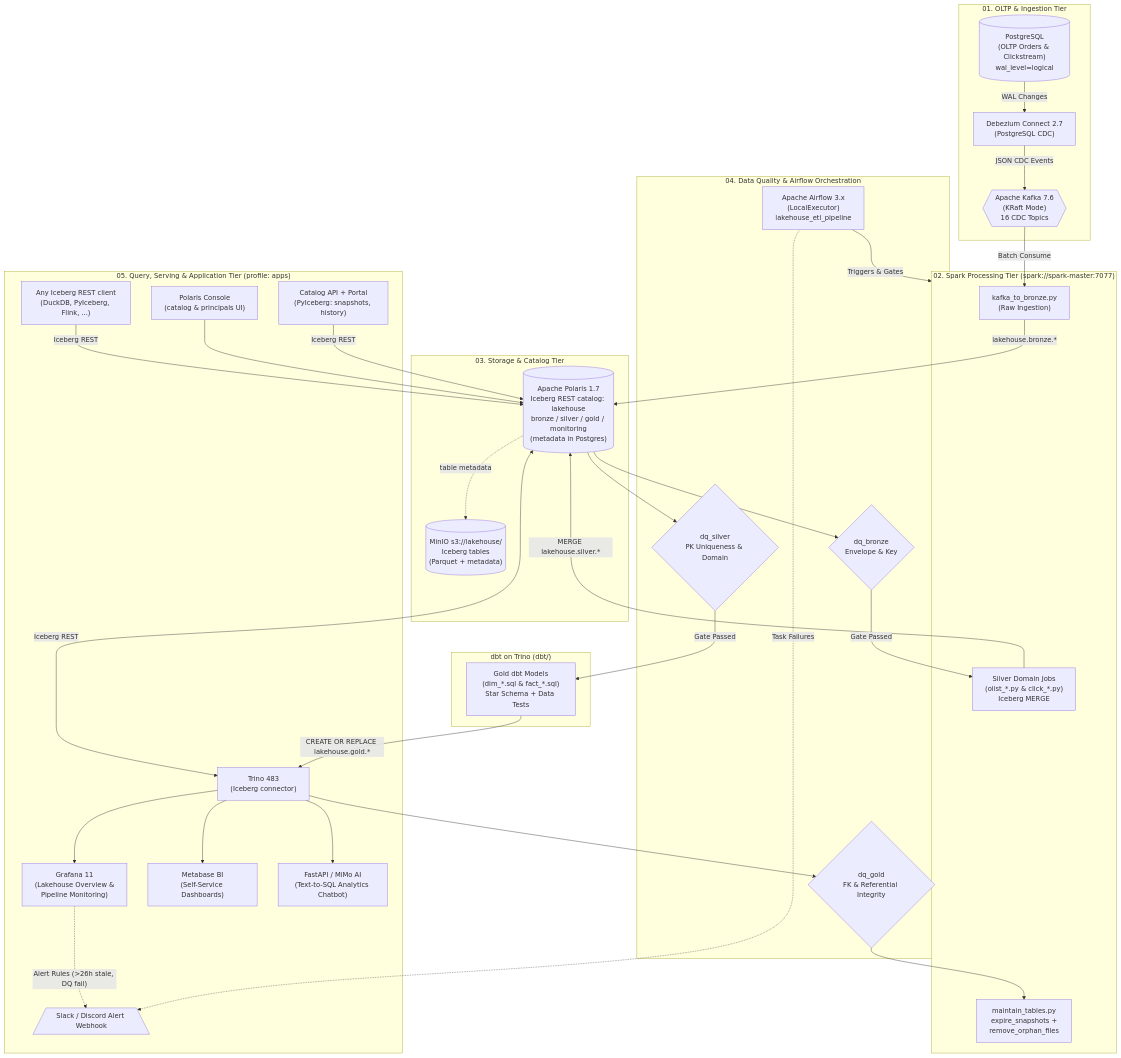
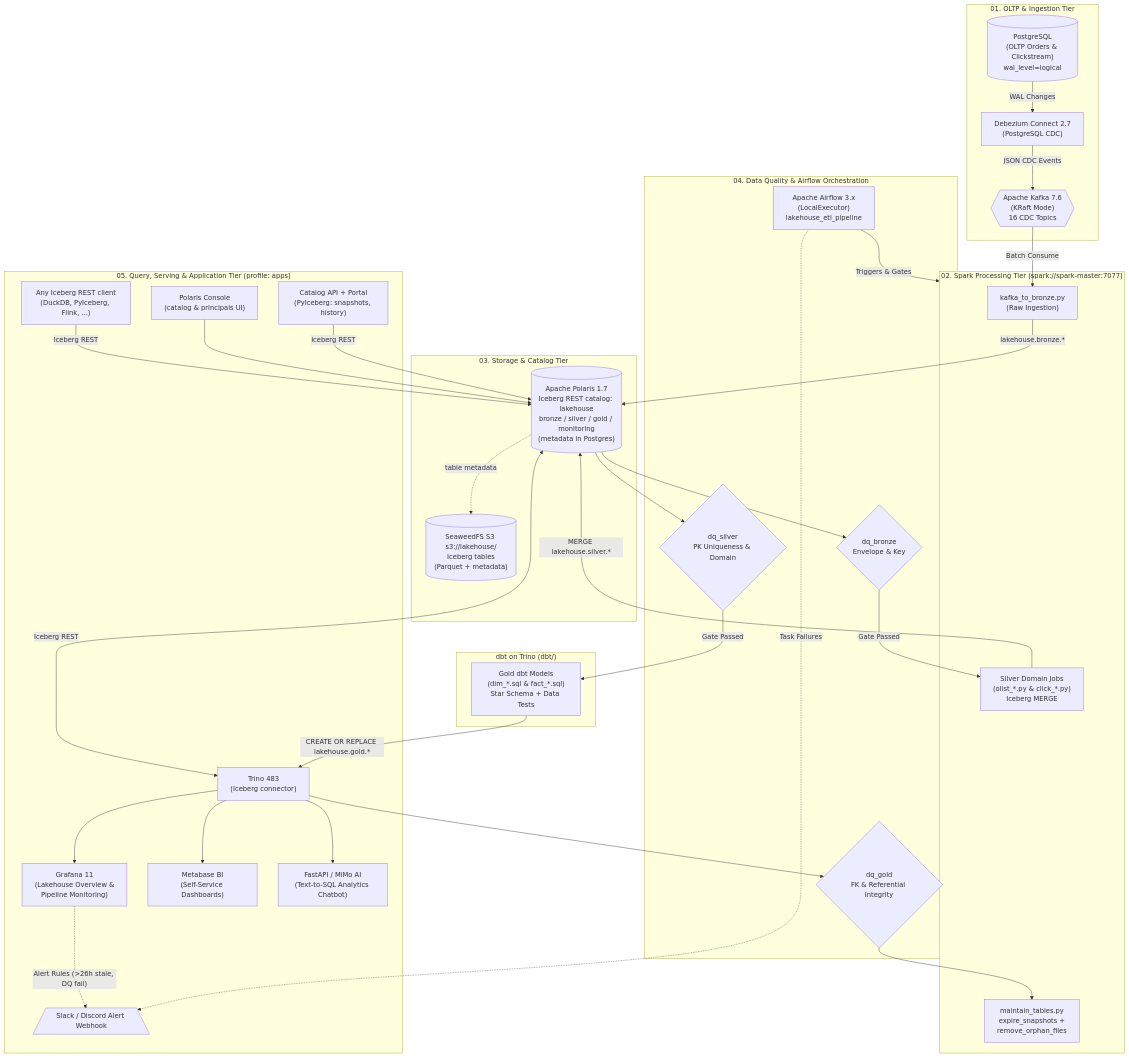
Before and after one commit to DucAn24/lakehouse_docker: the diagram in README.md, drawn with Mermaid. The commit also changed other lines of this file and 15 other files, not shown here.

Commit message:
Replace MinIO with SeaweedFS for S3 storage in the lakehouse stack

````diff
--- a/README.md
+++ b/README.md
@@ -56,70 +56,70 @@
 ```mermaid
 flowchart TB
     subgraph DataTier["01. OLTP & Ingestion Tier"]
         PG[("PostgreSQL\n(OLTP Orders & Clickstream)\nwal_level=logical")]
         DEB["Debezium Connect 2.7\n(PostgreSQL CDC)"]
         KAFKA{{"Apache Kafka 7.6\n(KRaft Mode)\n16 CDC Topics"}}
         PG -->|"WAL Changes"| DEB
         DEB -->|"JSON CDC Events"| KAFKA
     end
 
     subgraph SparkProcessing["02. Spark Processing Tier (spark://spark-master:7077)"]
         K2B["kafka_to_bronze.py\n(Raw Ingestion)"]
         B2S["Silver Domain Jobs\n(olist_*.py & click_*.py)\nIceberg MERGE"]
         MAINT["maintain_tables.py\nexpire_snapshots +\nremove_orphan_files"]
     end
 
     subgraph DbtModels["dbt on Trino (dbt/)"]
         S2G["Gold dbt Models\n(dim_*.sql & fact_*.sql)\nStar Schema + Data Tests"]
     end
 
     subgraph LakehouseStorage["03. Storage & Catalog Tier"]
         POLARIS[("Apache Polaris 1.7\nIceberg REST catalog: lakehouse\nbronze / silver / gold / monitoring\n(metadata in Postgres)")]
-        S3[("MinIO s3://lakehouse/\nIceberg tables\n(Parquet + metadata)")]
+        S3[("SeaweedFS S3 s3://lakehouse/\nIceberg tables\n(Parquet + metadata)")]
         POLARIS -.->|"table metadata"| S3
     end
 
     subgraph QualityGates["04. Data Quality & Airflow Orchestration"]
         AF["Apache Airflow 3.x\n(LocalExecutor)\nlakehouse_etl_pipeline"]
         DQB{"dq_bronze\nEnvelope & Key"}
         DQS{"dq_silver\nPK Uniqueness & Domain"}
         DQG{"dq_gold\nFK & Referential Integrity"}
     end
 
     subgraph ServingTier["05. Query, Serving & Application Tier (profile: apps)"]
         TRINO["Trino 483\n(Iceberg connector)"]
         GRAFANA["Grafana 11\n(Lakehouse Overview &\nPipeline Monitoring)"]
         METABASE["Metabase BI\n(Self-Service Dashboards)"]
         FASTAPI["FastAPI / MiMo AI\n(Text-to-SQL Analytics Chatbot)"]
         CATAPI["Catalog API + Portal\n(PyIceberg: snapshots, history)"]
         CONSOLE["Polaris Console\n(catalog & principals UI)"]
         EXT["Any Iceberg REST client\n(DuckDB, PyIceberg, Flink, ...)"]
         WEBHOOK[/"Slack / Discord Alert Webhook"\]
     end
 
     %% Pipeline
     KAFKA -->|"Batch Consume"| K2B
     K2B -->|"lakehouse.bronze.*"| POLARIS
     POLARIS --> DQB
     DQB -->|"Gate Passed"| B2S
     B2S -->|"MERGE lakehouse.silver.*"| POLARIS
     POLARIS --> DQS
     DQS -->|"Gate Passed"| S2G
     S2G -->|"CREATE OR REPLACE lakehouse.gold.*"| TRINO
     TRINO --> DQG
     DQG --> MAINT
 
     %% Serving: one catalog, no registration step
     TRINO <-->|"Iceberg REST"| POLARIS
     CATAPI -->|"Iceberg REST"| POLARIS
     CONSOLE --> POLARIS
     EXT -->|"Iceberg REST"| POLARIS
     TRINO --> METABASE
     TRINO --> GRAFANA
     TRINO --> FASTAPI
 
     %% Orchestration & Alerting
     AF -->|"Triggers & Gates"| SparkProcessing
     AF -.->|"Task Failures"| WEBHOOK
     GRAFANA -.->|"Alert Rules (>26h stale, DQ fail)"| WEBHOOK
 ```
````
